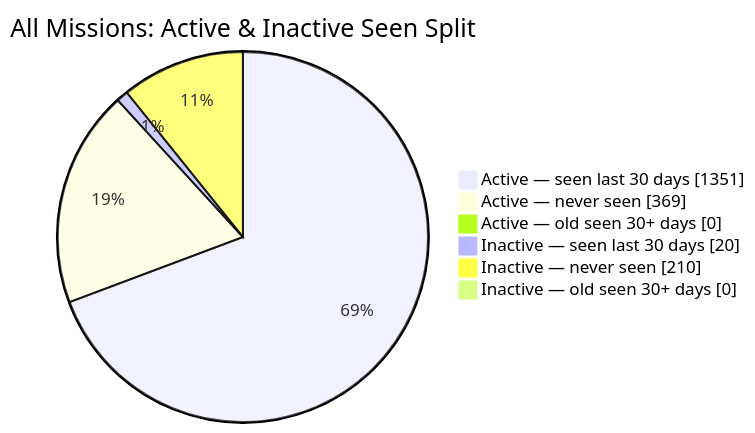
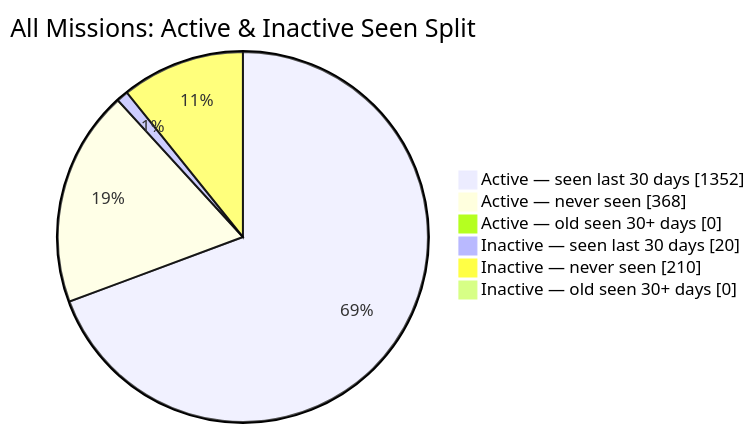
Before and after one commit to MeldkamerspelGameTeam/active-missions: the second of 2 diagrams in README.md, drawn with Mermaid. The commit also changed other lines of this file and 2 other files, not shown here.

````diff
--- a/README.md
+++ b/README.md
@@ -44,10 +44,10 @@
 ```mermaid
 pie showData
     title All Missions: Active & Inactive Seen Split
-    "Active — seen last 30 days" : 1351
-    "Active — never seen" : 369
+    "Active — seen last 30 days" : 1352
+    "Active — never seen" : 368
     "Active — old seen 30+ days" : 0
     "Inactive — seen last 30 days" : 20
     "Inactive — never seen" : 210
     "Inactive — old seen 30+ days" : 0
 ```
````
